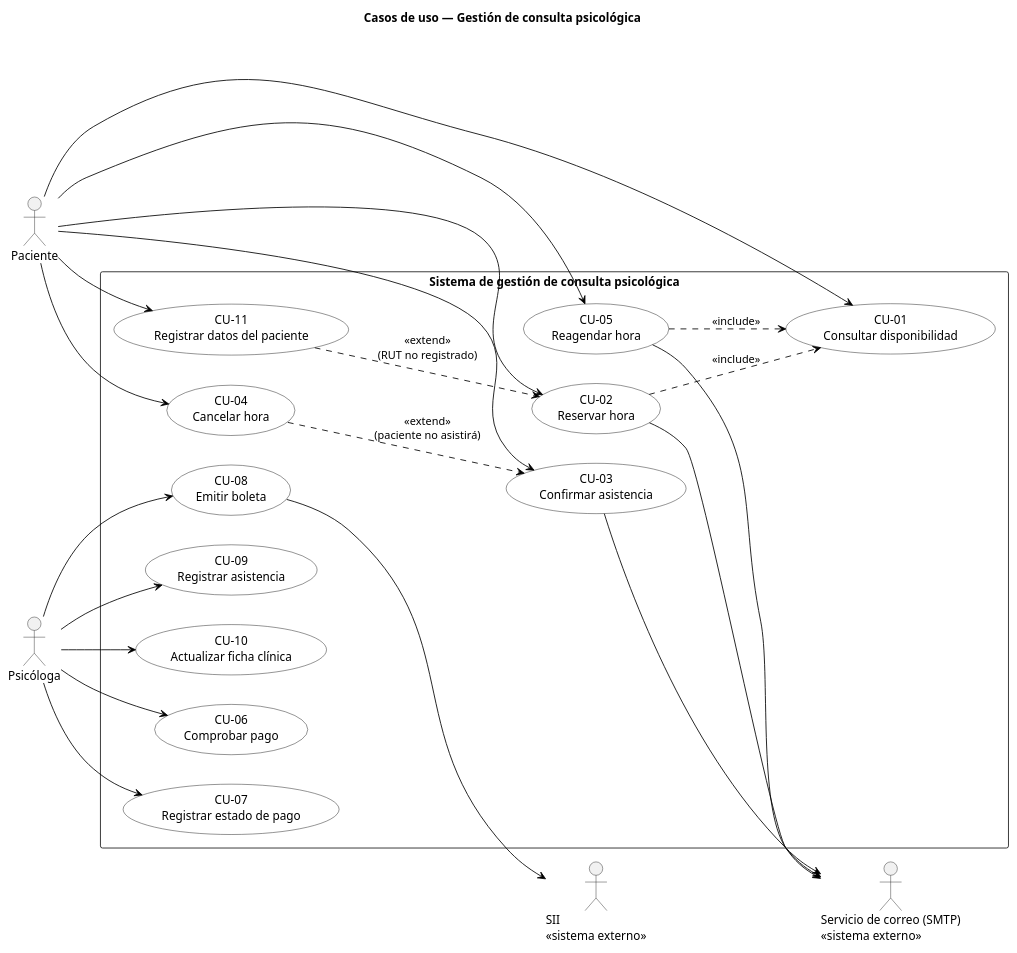
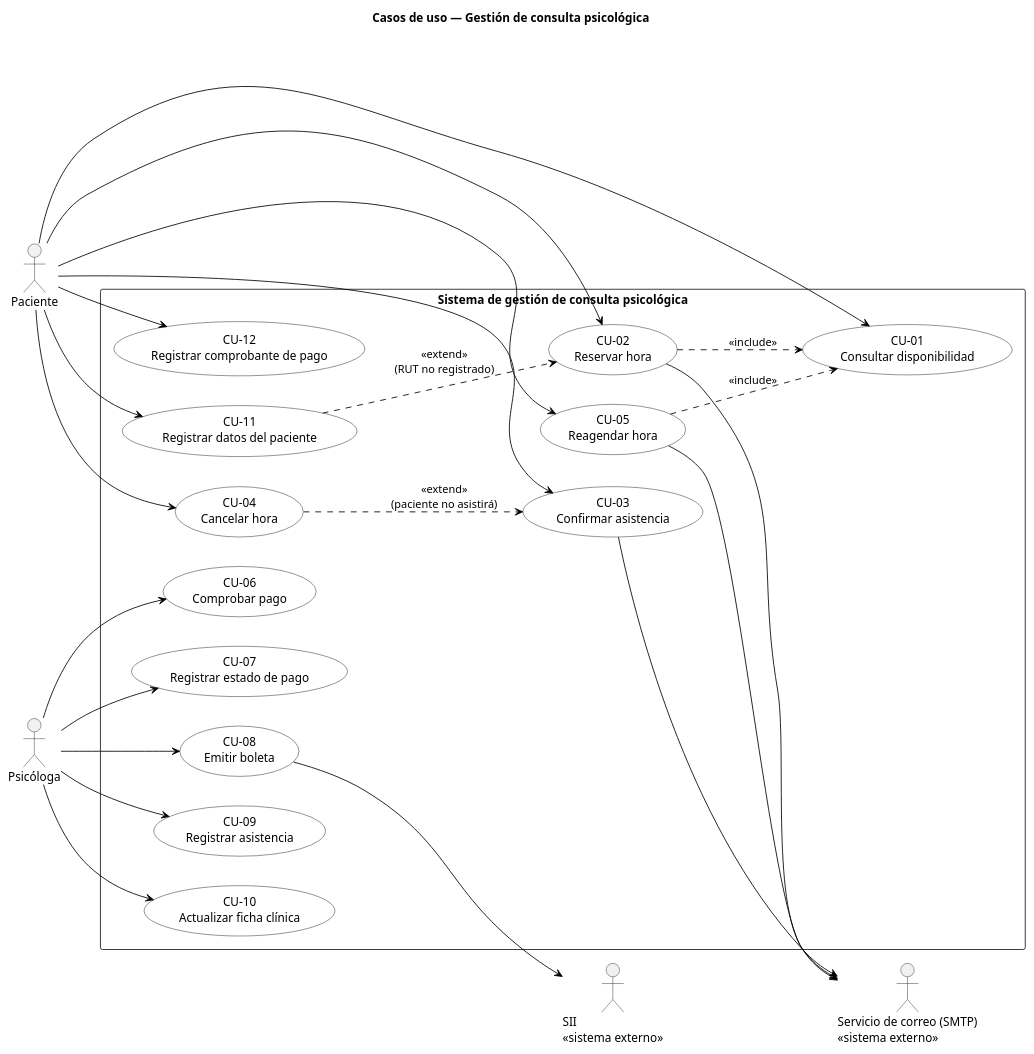
One commit to gestion-consulta-psicologica/ingenieria-requisitos changed the diagram in diagramas/casos-de-uso.puml. Above: the diagram before and after it, drawn with PlantUML. The commit also changed 40 other files, not shown here.

Commit message:
feat: implementar HU-05 y HU-05A (pago y comprobante)

```diff
--- a/diagramas/casos-de-uso.puml
+++ b/diagramas/casos-de-uso.puml
@@ -1,56 +1,58 @@
 @startuml casos-de-uso
 ' Diagrama de casos de uso — UML 2.0
 left to right direction
 skinparam shadowing false
 skinparam actorStyle stick
 skinparam packageStyle rectangle
 skinparam usecase {
   BackgroundColor White
   BorderColor Black
   ArrowColor Black
 }
 
 title Casos de uso — Gestión de consulta psicológica
 
 actor "Paciente" as PAC
 actor "Psicóloga" as PSI
 actor "Servicio de correo (SMTP)\n<<sistema externo>>" as MSJ
 actor "SII\n<<sistema externo>>" as SII
 
 rectangle "Sistema de gestión de consulta psicológica" {
   usecase "CU-01\nConsultar disponibilidad" as CU01
   usecase "CU-02\nReservar hora" as CU02
   usecase "CU-03\nConfirmar asistencia" as CU03
   usecase "CU-04\nCancelar hora" as CU04
   usecase "CU-05\nReagendar hora" as CU05
   usecase "CU-06\nComprobar pago" as CU06
   usecase "CU-07\nRegistrar estado de pago" as CU07
   usecase "CU-08\nEmitir boleta" as CU08
   usecase "CU-09\nRegistrar asistencia" as CU09
   usecase "CU-10\nActualizar ficha clínica" as CU10
   usecase "CU-11\nRegistrar datos del paciente" as CU11
+  usecase "CU-12\nRegistrar comprobante de pago" as CU12
 }
 
 PAC --> CU01
 PAC --> CU02
 PAC --> CU03
 PAC --> CU04
 PAC --> CU05
 PAC --> CU11
+PAC --> CU12
 
 PSI --> CU06
 PSI --> CU07
 PSI --> CU08
 PSI --> CU09
 PSI --> CU10
 
 CU02 ..> CU01 : <<include>>
 CU05 ..> CU01 : <<include>>
 CU04 ..> CU03 : <<extend>>\n(paciente no asistirá)
 CU11 ..> CU02 : <<extend>>\n(RUT no registrado)
 
 CU02 --> MSJ
 CU03 --> MSJ
 CU05 --> MSJ
 CU08 --> SII
 @enduml
```
